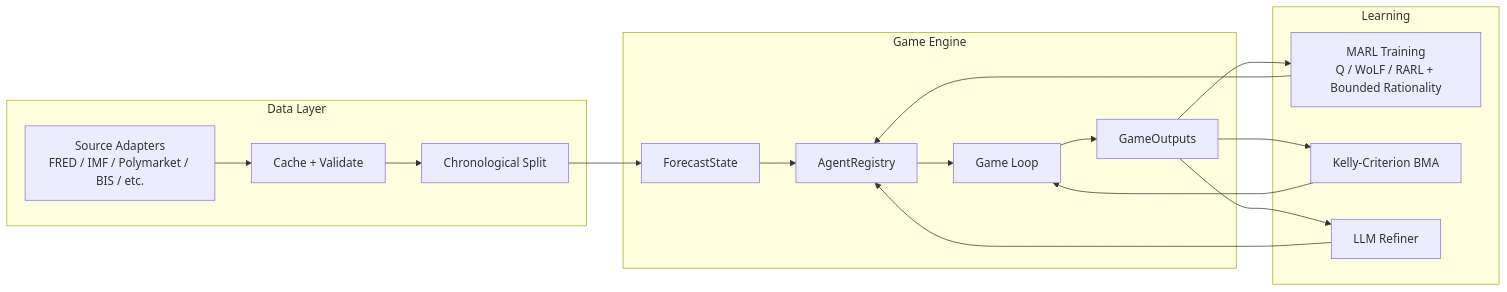
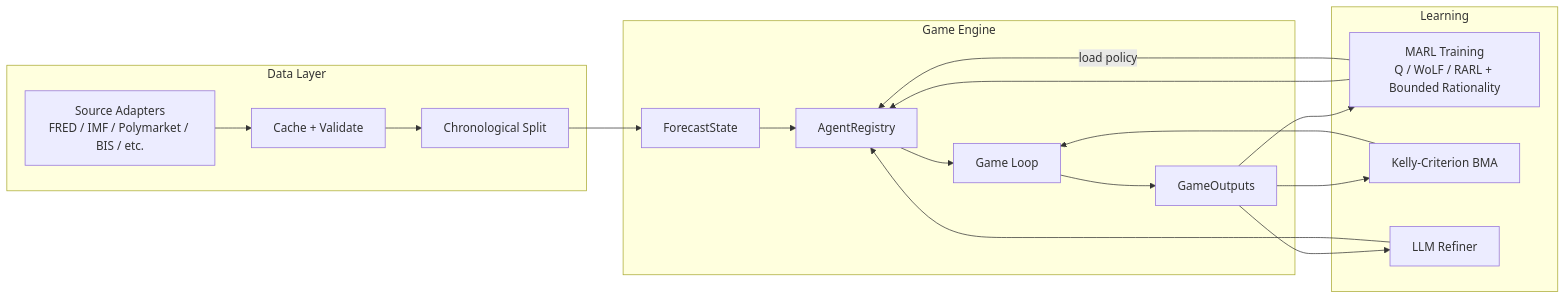
One commit to tripp-smith/marl-forecast-game changed the diagram in README.md. Above: the diagram before and after it, drawn with Mermaid. The commit also changed other lines of this file and 43 other files, not shown here.

````diff
--- a/README.md
+++ b/README.md
@@ -52,27 +52,28 @@
 ```mermaid
 graph LR
     subgraph data [Data Layer]
         Adapters["Source Adapters<br/>FRED / IMF / Polymarket / BIS / etc."]
         Cache["Cache + Validate"]
         Split["Chronological Split"]
     end
 
     subgraph game [Game Engine]
         State["ForecastState"]
         Registry["AgentRegistry"]
         Loop["Game Loop"]
         Outputs["GameOutputs"]
     end
 
     subgraph learn [Learning]
         Training["MARL Training<br/>Q / WoLF / RARL + Bounded Rationality"]
         BMA["Kelly-Criterion BMA"]
         Refiner["LLM Refiner"]
     end
 
     Adapters --> Cache --> Split --> State
     State --> Registry --> Loop --> Outputs
     Outputs --> Training --> Registry
+    Training -->|"load policy"| Registry
     Outputs --> BMA --> Loop
     Outputs --> Refiner --> Registry
 ```
````
